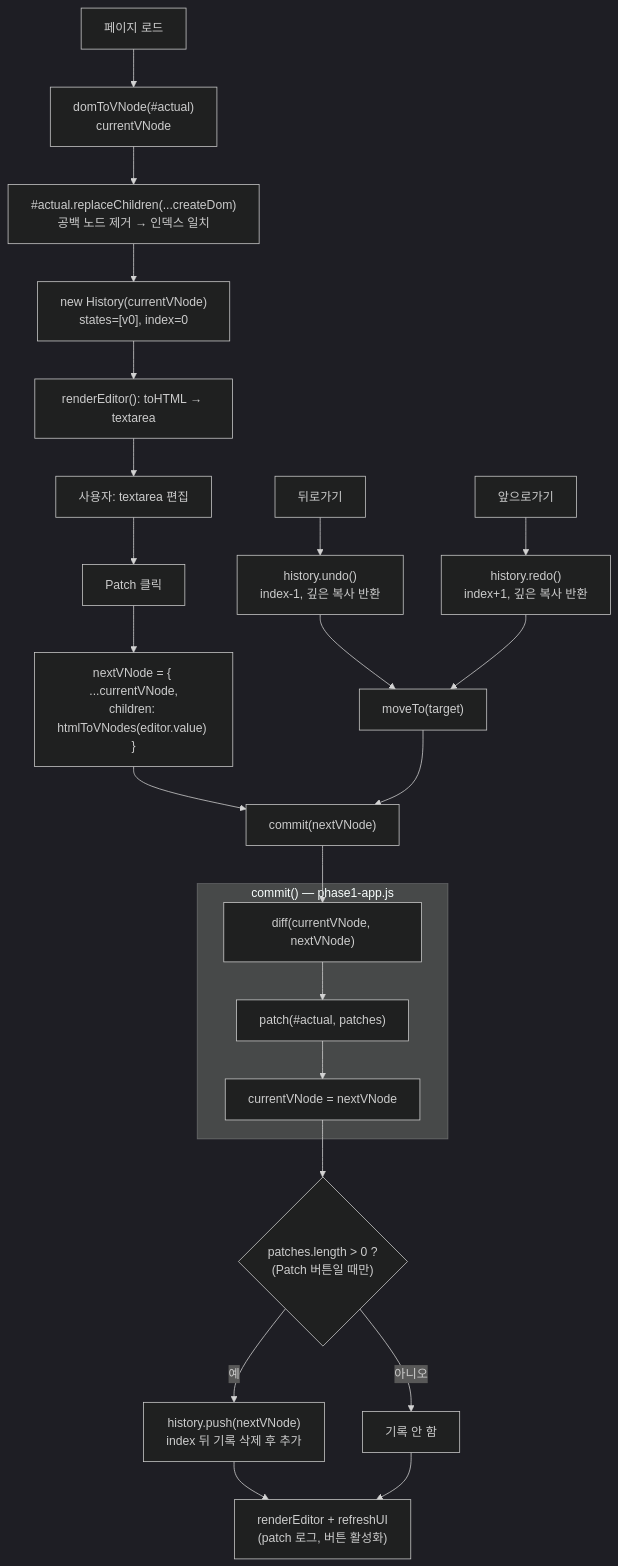
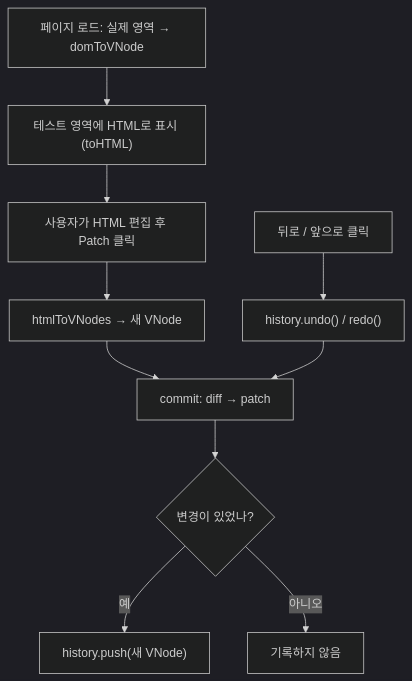
Before and after one commit to yongminkim0501/mini-react: the third of 4 diagrams in jaeyun-mini-react/README.md, drawn with Mermaid (dark theme). The commit also changed other lines of this file, not shown here.

````diff
--- a/jaeyun-mini-react/README.md
+++ b/jaeyun-mini-react/README.md
@@ -235,30 +157,12 @@
 ```mermaid
 flowchart TD
-    L["페이지 로드"] --> V0["domToVNode(#actual)<br/>currentVNode"]
-    V0 --> RE["#actual.replaceChildren(...createDom)<br/>공백 노드 제거 → 인덱스 일치"]
-    RE --> HS["new History(currentVNode)<br/>states=[v0], index=0"]
-    HS --> RED["renderEditor(): toHTML → textarea"]
-
-    RED --> EDIT["사용자: textarea 편집"]
-    EDIT --> PB["Patch 클릭"]
-    PB --> NV["nextVNode = { ...currentVNode,<br/>children: htmlToVNodes(editor.value) }"]
-    NV --> CM["commit(nextVNode)"]
-
-    subgraph COMMIT["commit() — phase1-app.js"]
-        DF["diff(currentVNode, nextVNode)"] --> PT["patch(#actual, patches)"]
-        PT --> CV["currentVNode = nextVNode"]
-    end
-    CM --> DF
-
-    CV --> Q{"patches.length > 0 ?<br/>(Patch 버튼일 때만)"}
-    Q -- 예 --> PUSH["history.push(nextVNode)<br/>index 뒤 기록 삭제 후 추가"]
-    Q -- 아니오 --> SKIP["기록 안 함"]
-    PUSH --> UI["renderEditor + refreshUI<br/>(patch 로그, 버튼 활성화)"]
-    SKIP --> UI
-
-    UNDO["뒤로가기"] --> HU["history.undo()<br/>index-1, 깊은 복사 반환"]
-    REDO["앞으로가기"] --> HR["history.redo()<br/>index+1, 깊은 복사 반환"]
-    HU --> MT["moveTo(target)"]
-    HR --> MT
-    MT --> CM
+    A["페이지 로드: 실제 영역 → domToVNode"] --> B["테스트 영역에 HTML로 표시 (toHTML)"]
+    B --> C["사용자가 HTML 편집 후 Patch 클릭"]
+    C --> D["htmlToVNodes → 새 VNode"]
+    D --> E["commit: diff → patch"]
+    E --> F{"변경이 있었나?"}
+    F -- 예 --> G["history.push(새 VNode)"]
+    F -- 아니오 --> H["기록하지 않음"]
+    U["뒤로 / 앞으로 클릭"] --> V["history.undo() / redo()"]
+    V --> E
 ```
````
